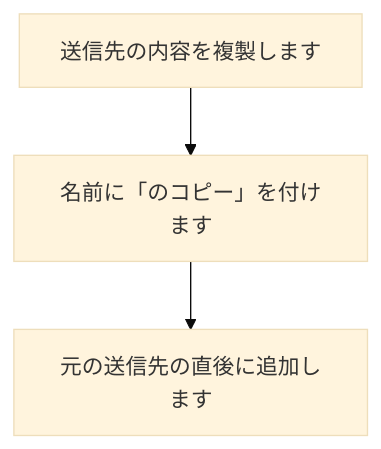
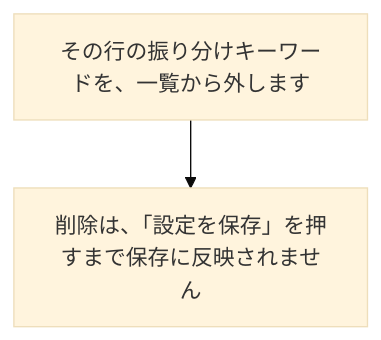
One commit to nishida2073/project_management changed the tenth of 33 diagrams in tool/smstokintone/doc/02_設計/処理フロー.md. Above: the diagram before and after it, drawn with Mermaid (base theme). The commit also changed other lines of this file and 5 other files, not shown here.

````diff
--- a/tool/smstokintone/doc/02_設計/処理フロー.md
+++ b/tool/smstokintone/doc/02_設計/処理フロー.md
@@ -108,5 +165,4 @@
 ```mermaid
 flowchart TD
-  A[送信先の内容を複製します] --> B[名前に「のコピー」を付けます]
-  B --> C[元の送信先の直後に追加します]
+  A["その行の振り分けキーワードを、一覧から外します"] --> B["削除は、「設定を保存」を押すまで保存に反映されません"]
 ```
````
